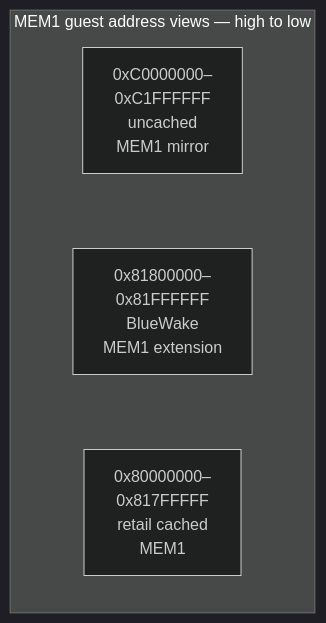
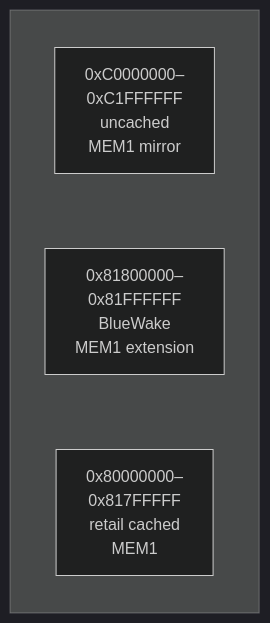
One commit to Aelbannan/boat_of_daphnes changed the fourth of 6 diagrams in docs/architecture/GuestState.md. Above: the diagram before and after it, drawn with Mermaid (dark theme). The commit also changed other lines of this file, not shown here.

Commit message:
docs: move MEM1 diagram title to caption

````diff
--- a/docs/architecture/GuestState.md
+++ b/docs/architecture/GuestState.md
@@ -446,20 +446,20 @@
 ```mermaid
 flowchart TB
-    subgraph Views["MEM1 guest address views — high to low"]
+    subgraph Views[" "]
         direction TB
         Mirror["`0xC0000000–
 0xC1FFFFFF
 uncached
 MEM1 mirror`"]
         Extension["`0x81800000–
 0x81FFFFFF
 BlueWake
 MEM1 extension`"]
         Retail["`0x80000000–
 0x817FFFFF
 retail cached
 MEM1`"]
 
         Mirror ~~~ Extension ~~~ Retail
     end
 ```
````
